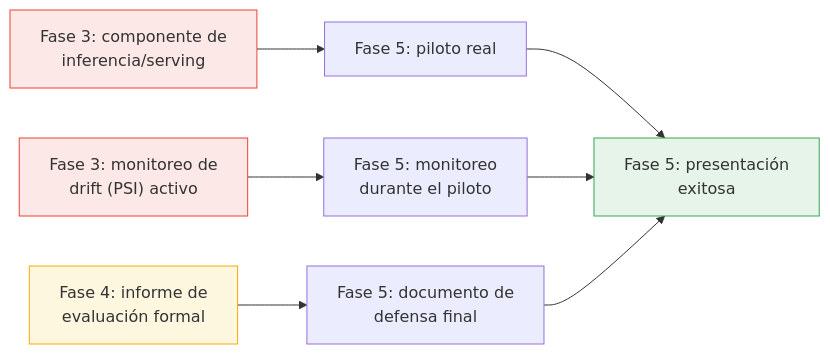
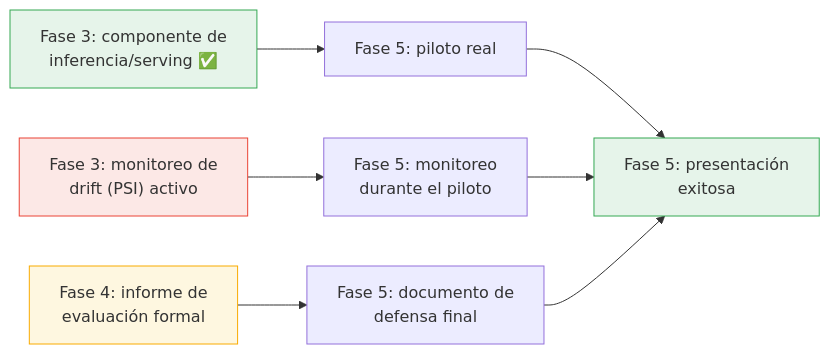
The diagram in 05_documentacion/DIAGNOSTICO_FASES_3_4_5.md (LuisChica18/proyecto-mia-rocktec), drawn with Mermaid before and after one commit. The commit also changed other lines of this file and 7 other files, not shown here.

````diff
--- a/05_documentacion/DIAGNOSTICO_FASES_3_4_5.md
+++ b/05_documentacion/DIAGNOSTICO_FASES_3_4_5.md
@@ -102,14 +101,14 @@
 ```mermaid
 flowchart LR
-    F3A["Fase 3: componente de\ninferencia/serving"] --> F5A["Fase 5: piloto real"]
+    F3A["Fase 3: componente de\ninferencia/serving ✅"] --> F5A["Fase 5: piloto real"]
     F3B["Fase 3: monitoreo de\ndrift (PSI) activo"] --> F5B["Fase 5: monitoreo\ndurante el piloto"]
     F4["Fase 4: informe de\nevaluación formal"] --> F5C["Fase 5: documento de\ndefensa final"]
     F5A --> F5D["Fase 5: presentación\nexitosa"]
     F5B --> F5D
     F5C --> F5D
 
-    style F3A fill:#fce8e6,stroke:#ea4335
+    style F3A fill:#e6f4ea,stroke:#34a853
     style F3B fill:#fce8e6,stroke:#ea4335
     style F4 fill:#fef7e0,stroke:#f9ab00
     style F5D fill:#e6f4ea,stroke:#34a853
 ```
````
